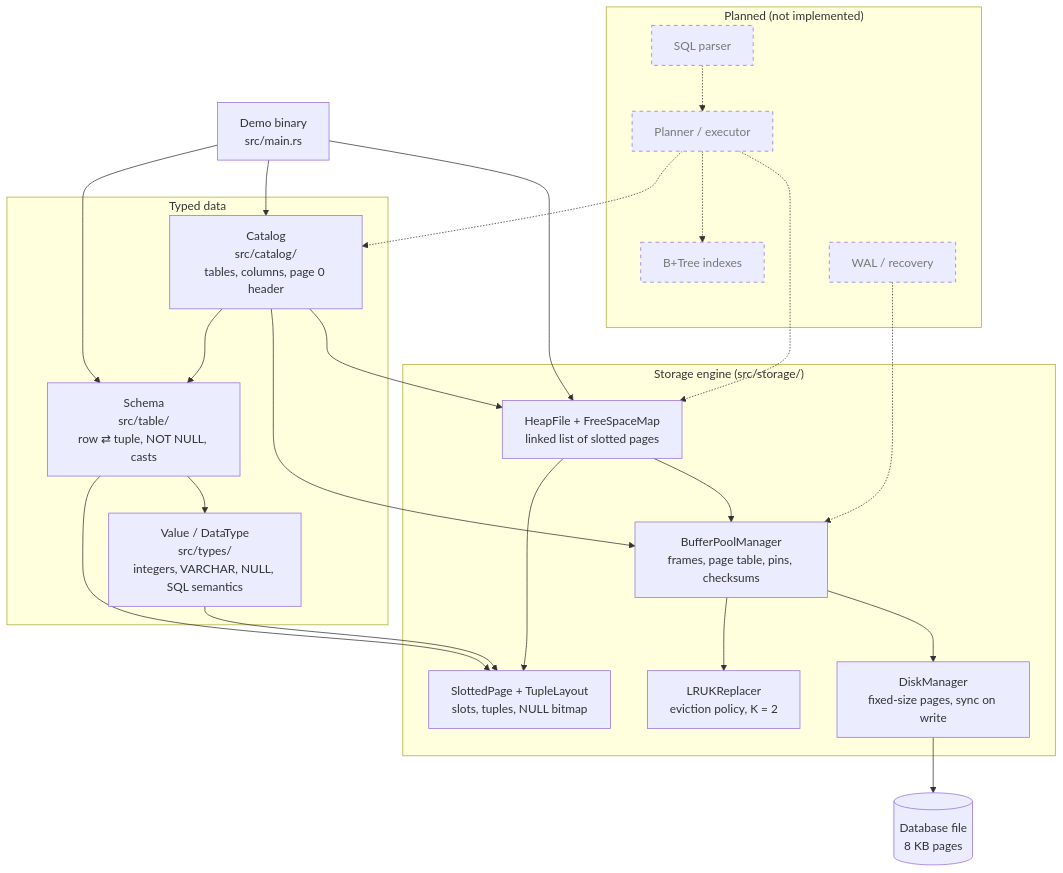
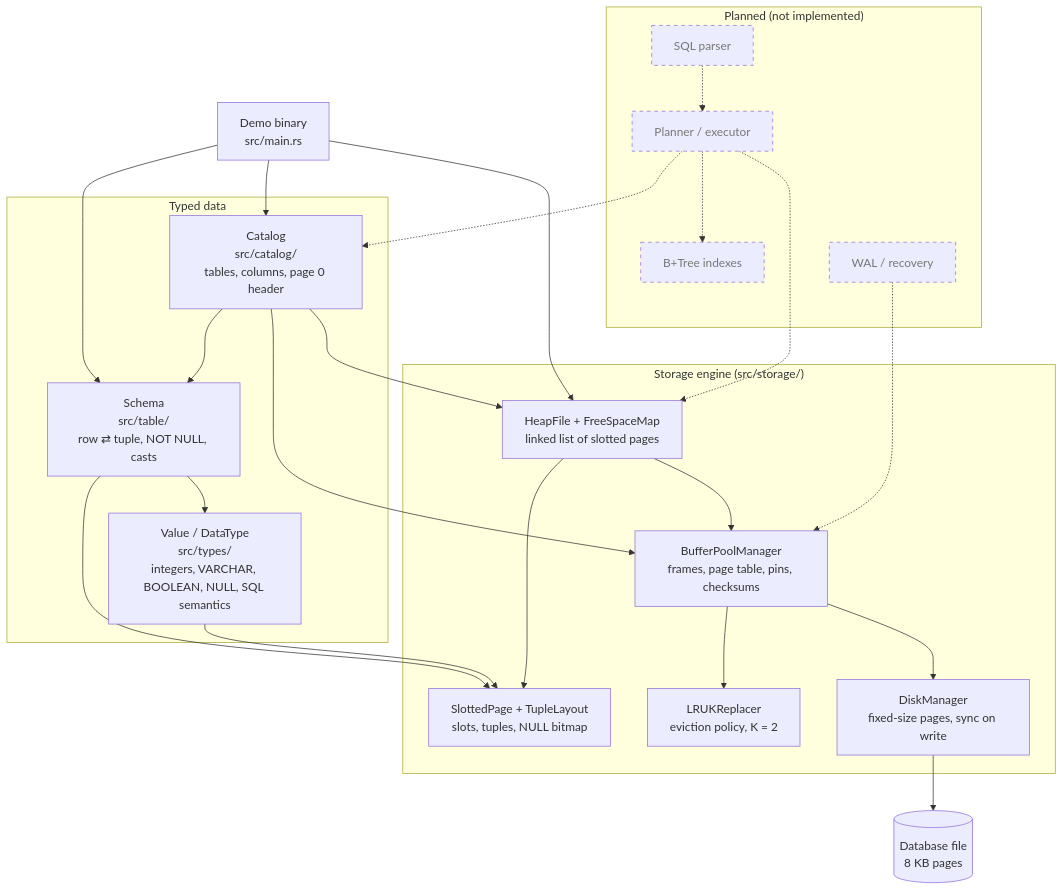
Before and after one commit to RodrigoGrz/ferro-db: the diagram in docs/architecture.md, drawn with Mermaid. The commit also changed other lines of this file and 15 other files, not shown here.

First line of the commit message:
feat/boolean-type

````diff
--- a/docs/architecture.md
+++ b/docs/architecture.md
@@ -9,50 +9,50 @@
 ```mermaid
 flowchart TD
     demo["Demo binary<br/>src/main.rs"]
 
     subgraph upper["Typed data"]
         catalog["Catalog<br/>src/catalog/<br/>tables, columns, page 0 header"]
         schema["Schema<br/>src/table/<br/>row ⇄ tuple, NOT NULL, casts"]
-        types["Value / DataType<br/>src/types/<br/>integers, VARCHAR, NULL, SQL semantics"]
+        types["Value / DataType<br/>src/types/<br/>integers, VARCHAR, BOOLEAN, NULL, SQL semantics"]
     end
 
     subgraph storage["Storage engine (src/storage/)"]
         heap["HeapFile + FreeSpaceMap<br/>linked list of slotted pages"]
         slotted["SlottedPage + TupleLayout<br/>slots, tuples, NULL bitmap"]
         bpm["BufferPoolManager<br/>frames, page table, pins, checksums"]
         replacer["LRUKReplacer<br/>eviction policy, K = 2"]
         disk["DiskManager<br/>fixed-size pages, sync on write"]
     end
 
     file[("Database file<br/>8 KB pages")]
 
     demo --> catalog
     demo --> schema
     demo --> heap
     catalog --> heap
     catalog --> schema
     schema --> types
     schema --> slotted
     types --> slotted
     heap --> slotted
     heap --> bpm
     catalog --> bpm
     bpm --> replacer
     bpm --> disk
     disk --> file
 
     subgraph planned["Planned (not implemented)"]
         sql["SQL parser"]
         planner["Planner / executor"]
         index["B+Tree indexes"]
         wal["WAL / recovery"]
     end
     sql -.-> planner
     planner -.-> catalog
     planner -.-> heap
     planner -.-> index
     wal -.-> bpm
 
     classDef plannedNode stroke-dasharray: 5 5,color:#777
     class sql,planner,index,wal plannedNode
 ```
````
